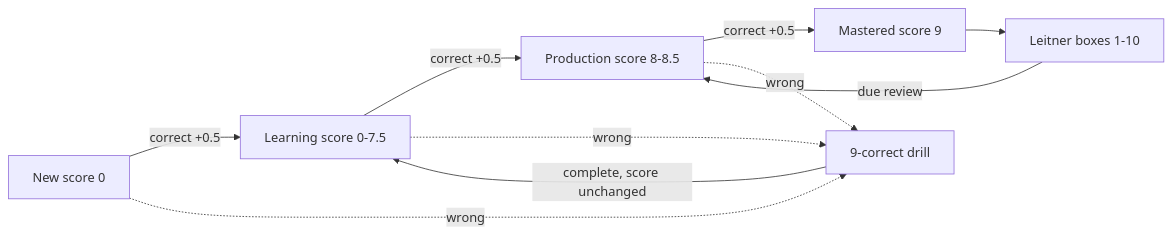
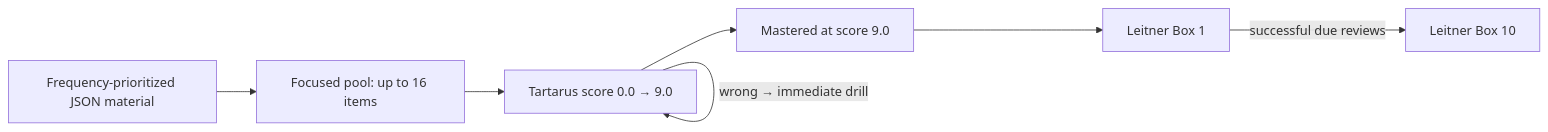
The diagram in README.md (bahman-farhadian/mashq), drawn with Mermaid before and after one commit. The commit also changed other lines of this file and 1 other file, not shown here.

````diff
--- a/README.md
+++ b/README.md
@@ -16,12 +25,17 @@
 ```mermaid
 flowchart LR
-    N["New score 0"] -->|"correct +0.5"| L["Learning score 0-7.5"]
-    L -->|"correct +0.5"| P["Production score 8-8.5"]
-    P -->|"correct +0.5"| M["Mastered score 9"]
-    N -. "wrong" .-> D["9-correct drill"]
-    L -. "wrong" .-> D
-    P -. "wrong" .-> D
-    D -->|"complete, score unchanged"| L
-    M --> B["Leitner boxes 1-10"]
-    B -->|"due review"| P
+    JSON["Frequency-prioritized JSON material"]
+    FOCUS["Focused pool: up to 16 items"]
+    SCORE["Tartarus score 0.0 → 9.0"]
+    MASTER["Mastered at score 9.0"]
+    BOX1["Leitner Box 1"]
+    BOX10["Leitner Box 10"]
+
+    JSON --> FOCUS
+    FOCUS --> SCORE
+    SCORE -->|"correct +0.5"| SCORE
+    SCORE -->|"wrong → immediate drill"| SCORE
+    SCORE --> MASTER
+    MASTER --> BOX1
+    BOX1 -->|"successful due reviews"| BOX10
 ```
````
